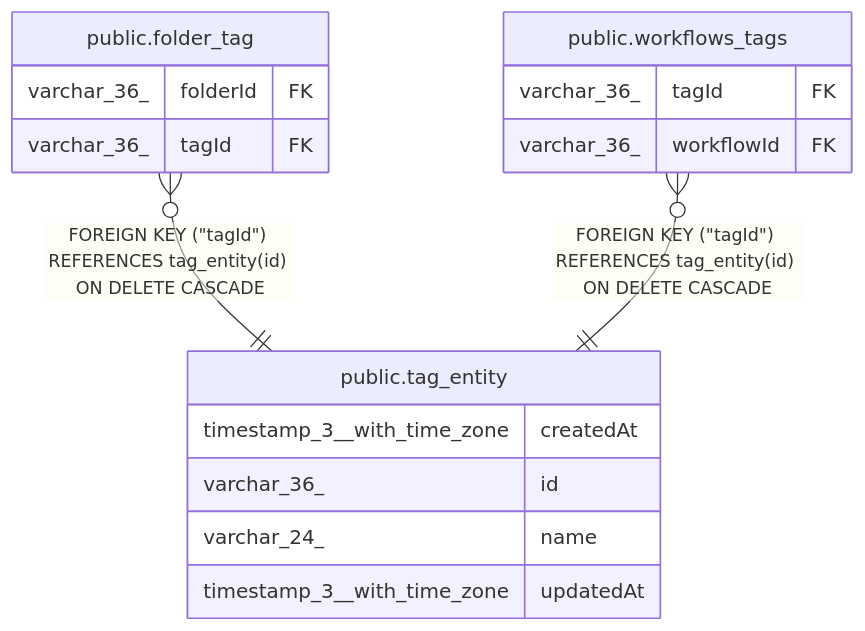
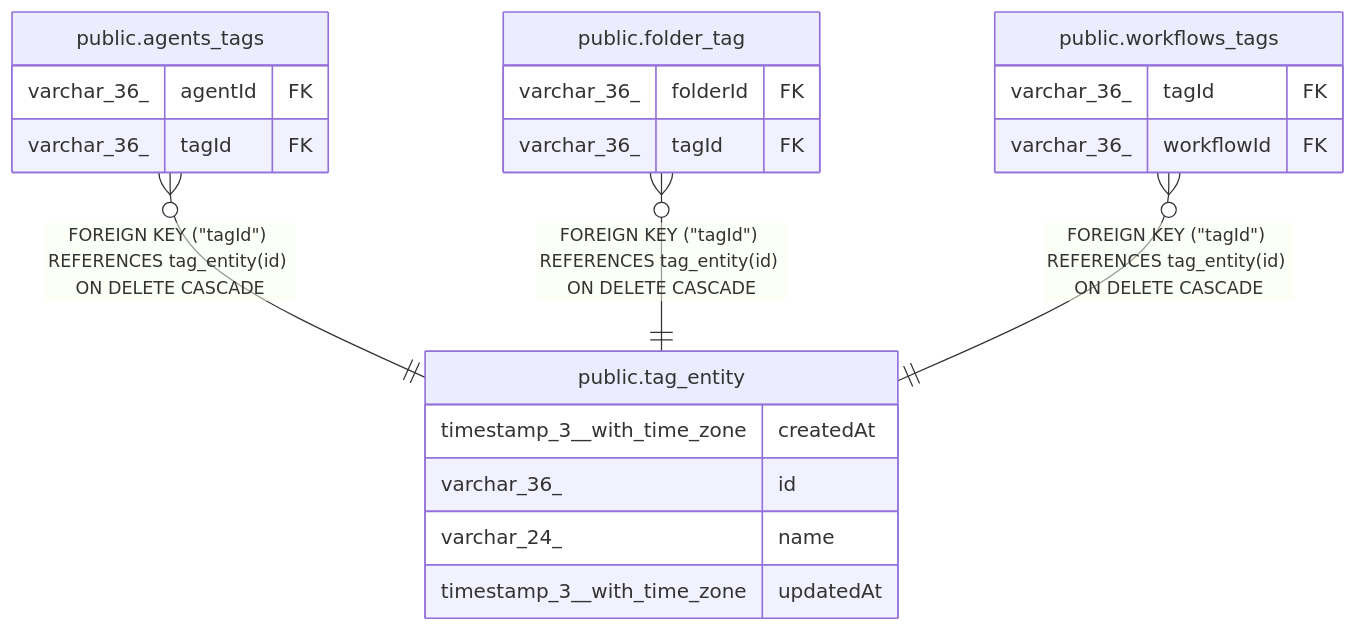
The diagram in n8n_integration/n8n_source/docs/generated/postgres-schema/public.tag_entity.md (koreatest12/studys), drawn with Mermaid before and after one commit. The commit also changed other lines of this file and 23019 other files, not shown here.

````diff
--- a/n8n_integration/n8n_source/docs/generated/postgres-schema/public.tag_entity.md
+++ b/n8n_integration/n8n_source/docs/generated/postgres-schema/public.tag_entity.md
@@ -32,21 +32,26 @@
 ```mermaid
 erDiagram
 
+"public.agents_tags" }o--|| "public.tag_entity" : "FOREIGN KEY (#quot;tagId#quot;) REFERENCES tag_entity(id) ON DELETE CASCADE"
 "public.folder_tag" }o--|| "public.tag_entity" : "FOREIGN KEY (#quot;tagId#quot;) REFERENCES tag_entity(id) ON DELETE CASCADE"
 "public.workflows_tags" }o--|| "public.tag_entity" : "FOREIGN KEY (#quot;tagId#quot;) REFERENCES tag_entity(id) ON DELETE CASCADE"
 
 "public.tag_entity" {
   timestamp_3__with_time_zone createdAt
   varchar_36_ id
   varchar_24_ name
   timestamp_3__with_time_zone updatedAt
+}
+"public.agents_tags" {
+  varchar_36_ agentId FK
+  varchar_36_ tagId FK
 }
 "public.folder_tag" {
   varchar_36_ folderId FK
   varchar_36_ tagId FK
 }
 "public.workflows_tags" {
   varchar_36_ tagId FK
   varchar_36_ workflowId FK
 }
 ```
````
